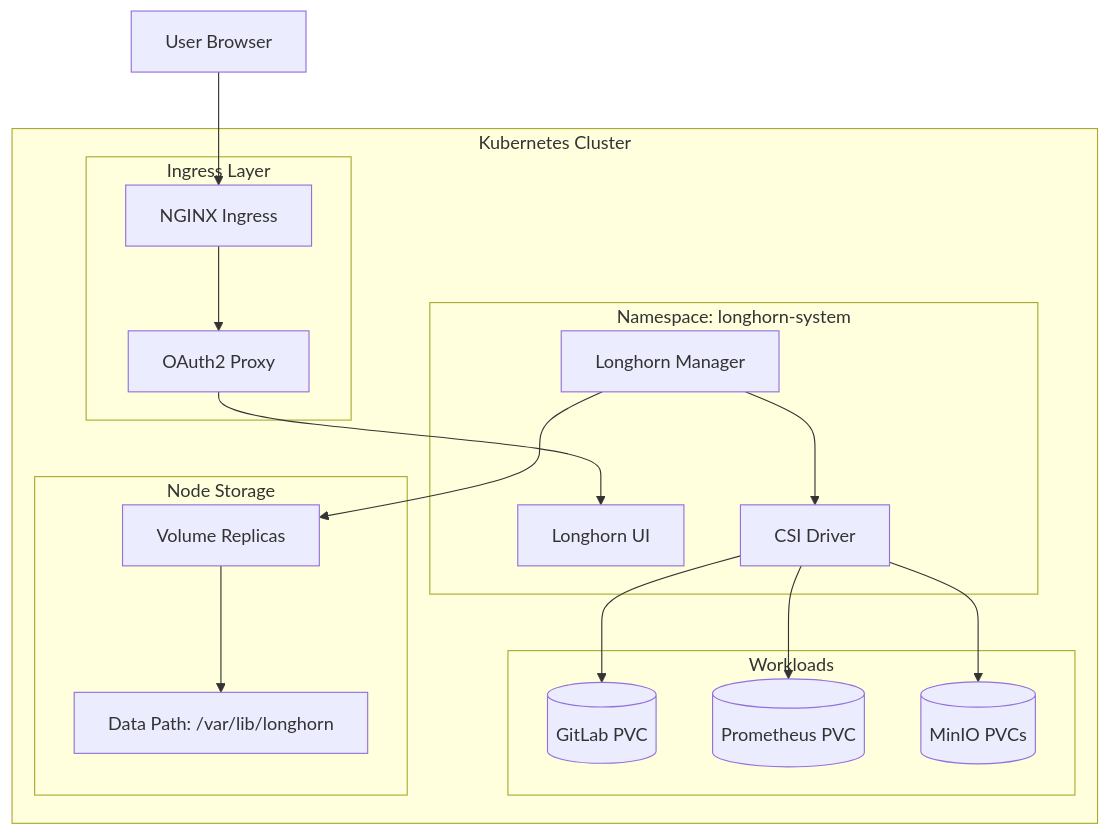
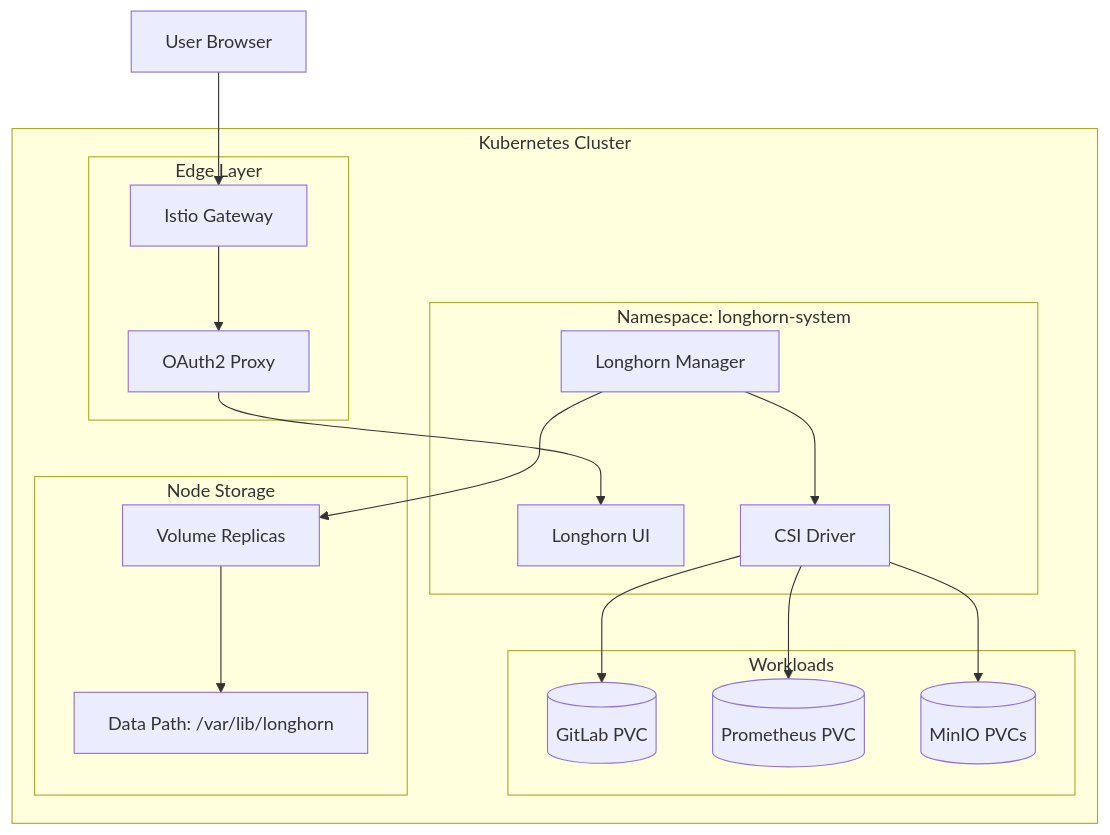
One commit to chrisleekr/homelab-infrastructure changed the first of 3 diagrams in docs/stage2/longhorn-storage.md. Above: the diagram before and after it, drawn with Mermaid. The commit also changed other lines of this file and 143 other files, not shown here.

Commit message:
feat(stage2): migrate nginx-ingress to Istio Gateway API (#119)

````diff
--- a/docs/stage2/longhorn-storage.md
+++ b/docs/stage2/longhorn-storage.md
@@ -7,37 +7,37 @@
 ```mermaid
 flowchart TB
     subgraph k8s [Kubernetes Cluster]
         subgraph ns [Namespace: longhorn-system]
             Manager[Longhorn Manager]
             UI[Longhorn UI]
             Driver[CSI Driver]
         end
 
         subgraph workloads [Workloads]
             GitLab[(GitLab PVC)]
             Prometheus[(Prometheus PVC)]
             MinIO[(MinIO PVCs)]
         end
 
         subgraph node [Node Storage]
             Disk1["Data Path: /var/lib/longhorn"]
             Replica1[Volume Replicas]
         end
 
-        subgraph ingress [Ingress Layer]
-            Nginx[NGINX Ingress]
+        subgraph edgelayer [Edge Layer]
+            Gateway[Istio Gateway]
             OAuth[OAuth2 Proxy]
         end
     end
 
-    User[User Browser] --> Nginx
-    Nginx --> OAuth
+    User[User Browser] --> Gateway
+    Gateway --> OAuth
     OAuth --> UI
 
     Manager --> Driver
     Driver --> GitLab
     Driver --> Prometheus
     Driver --> MinIO
     Manager --> Replica1
     Replica1 --> Disk1
 ```
````
